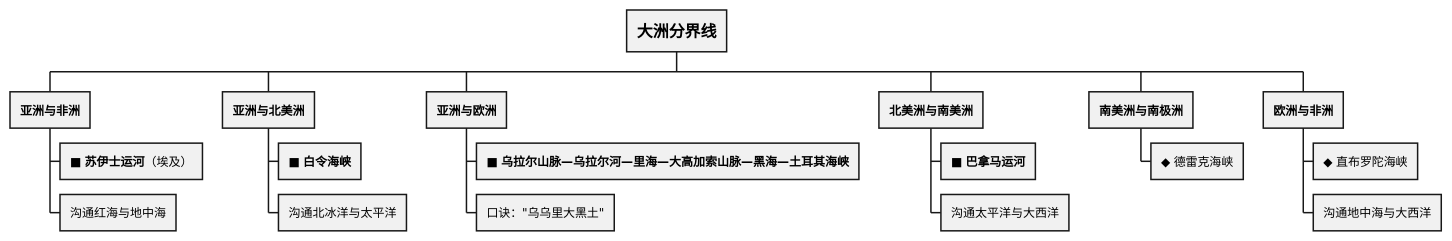
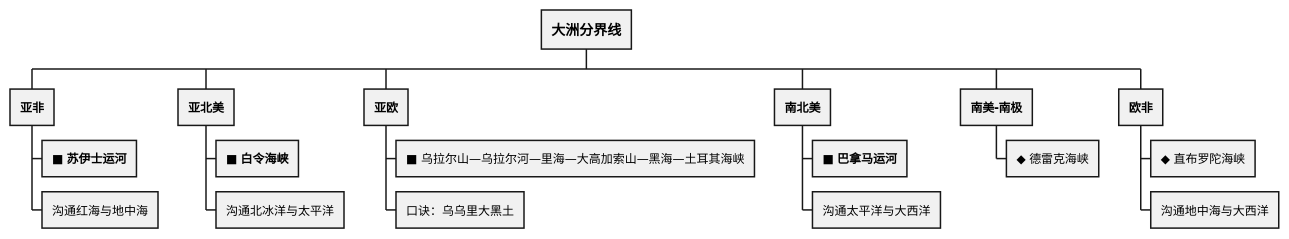
Before and after one commit to zhyage/Shehui: the third of 4 diagrams in 地理/世界地理/大洲和大洋.md, drawn with PlantUML. The commit also changed other lines of this file and 2 other files, not shown here.

Commit message:
拆分过宽的PlantUML图为多个小图以适配A4打印
- 夏商周时间线 → 拆为"夏商西周"和"春秋战国"两图
- 七大洲面积排名 → 拆为"前四大洲"和"后三大洲"两图
- 大洲分界线 → 精简文字，缩小字号
- 国家机构 → 精简文字，缩小字号

````diff
--- a/地理/世界地理/大洲和大洋.md
+++ b/地理/世界地理/大洲和大洋.md
@@ -79,22 +84,22 @@
 ```plantuml
 @startwbs
-+ <size:16><b>大洲分界线</b></size>
-++ <b>亚洲与非洲</b>
-+++ ■ <b>苏伊士运河</b>（埃及）
++ <size:14><b>大洲分界线</b></size>
+++ <b>亚非</b>
++++ ■ <b>苏伊士运河</b>
 +++ 沟通红海与地中海
-++ <b>亚洲与北美洲</b>
+++ <b>亚北美</b>
 +++ ■ <b>白令海峡</b>
 +++ 沟通北冰洋与太平洋
-++ <b>亚洲与欧洲</b>
-+++ ■ <b>乌拉尔山脉—乌拉尔河—里海—大高加索山脉—黑海—土耳其海峡</b>
-+++ 口诀："乌乌里大黑土"
-++ <b>北美洲与南美洲</b>
+++ <b>亚欧</b>
++++ ■ 乌拉尔山—乌拉尔河—里海—大高加索山—黑海—土耳其海峡
++++ 口诀：乌乌里大黑土
+++ <b>南北美</b>
 +++ ■ <b>巴拿马运河</b>
 +++ 沟通太平洋与大西洋
-++ <b>南美洲与南极洲</b>
+++ <b>南美-南极</b>
 +++ ◆ 德雷克海峡
-++ <b>欧洲与非洲</b>
+++ <b>欧非</b>
 +++ ◆ 直布罗陀海峡
 +++ 沟通地中海与大西洋
 @endwbs
 ```
````
